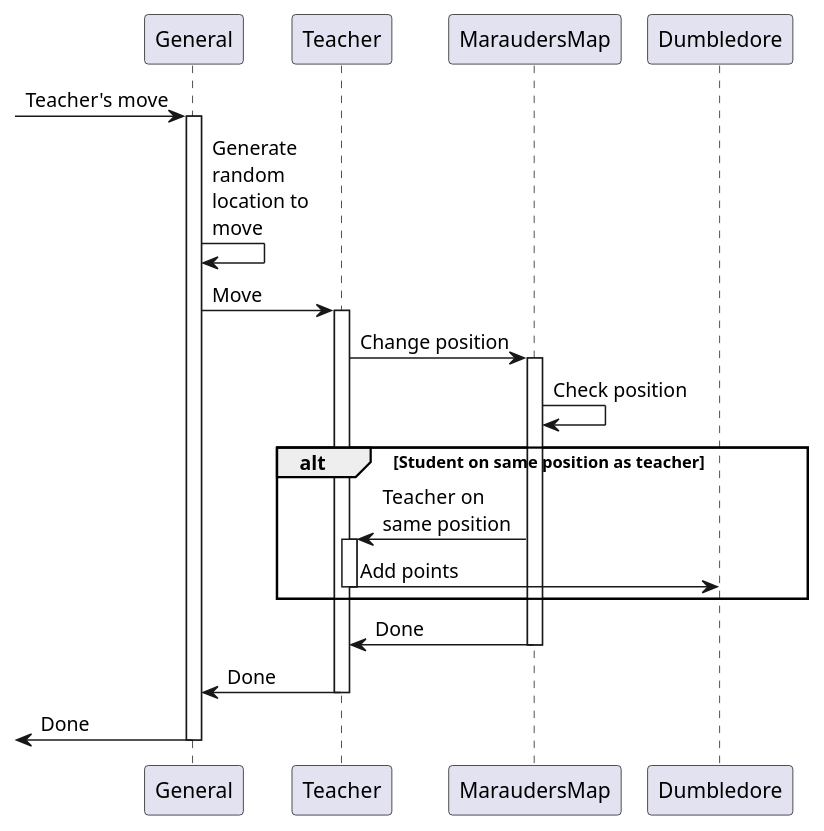
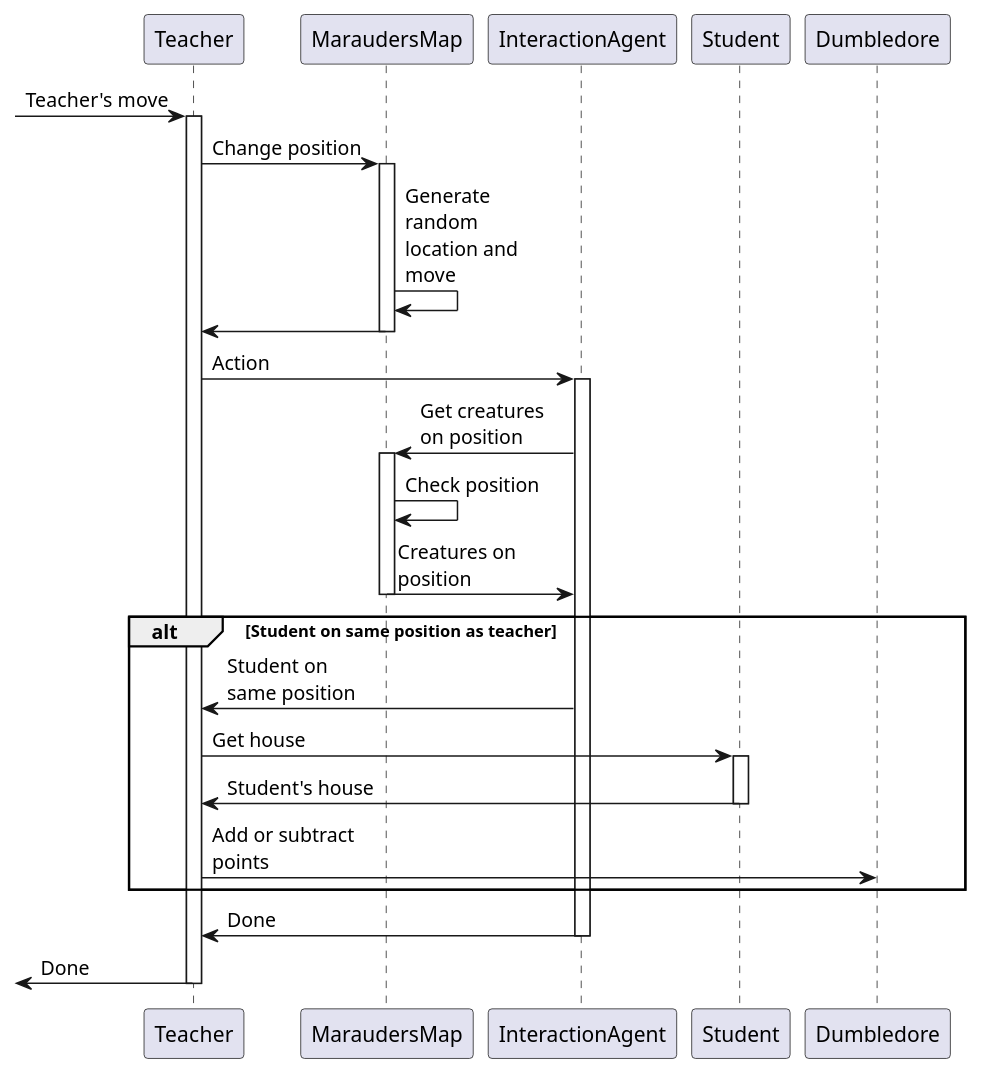
The diagram in diagrams/class-general/src/sequence-teacher.puml (bauerkamil/hogwartSim), drawn with PlantUML before and after one commit. The commit also changed 29 other files, not shown here.

Commit message:
Diagrams 2.0

```diff
--- a/diagrams/class-general/src/sequence-teacher.puml
+++ b/diagrams/class-general/src/sequence-teacher.puml
@@ -1,30 +1,40 @@
 @startuml
 'https://plantuml.com/sequence-diagram
 
 skinparam maxMessageSize 100
 'autonumber
 
 
-[-> General: Teacher's move
-activate General
-General -> General: Generate random location to move
+[-> Teacher: Teacher's move
+activate Teacher
 
-General -> Teacher: Move
-activate Teacher
 Teacher -> MaraudersMap: Change position
 activate MaraudersMap
+MaraudersMap -> MaraudersMap: Generate random location and move
+Teacher<- MaraudersMap
+deactivate MaraudersMap
+
+
+Teacher -> InteractionAgent: Action
+activate InteractionAgent
+InteractionAgent -> MaraudersMap: Get creatures on position
+activate MaraudersMap
 MaraudersMap -> MaraudersMap: Check position
+InteractionAgent <- MaraudersMap: Creatures on position
+deactivate MaraudersMap
 
 alt Student on same position as teacher
-         MaraudersMap -> Teacher: Teacher on same position
-         activate Teacher
-         Teacher -> Dumbledore: Add points
-         deactivate Teacher
+         InteractionAgent -> Teacher: Student on same position
+         Teacher -> Student: Get house
+         activate Student
+         Teacher <- Student: Student's house
+         deactivate Student
+         Teacher -> Dumbledore: Add or subtract points
 end
-MaraudersMap -> Teacher: Done
-deactivate MaraudersMap
-Teacher -> General: Done
+InteractionAgent -> Teacher: Done
+deactivate InteractionAgent
+<- Teacher: Done
 deactivate Teacher
-<- General: Done
-deactivate General
+
+
 @enduml
```
